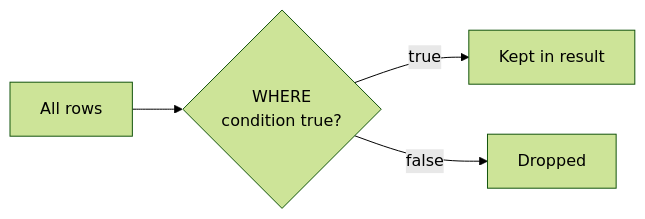
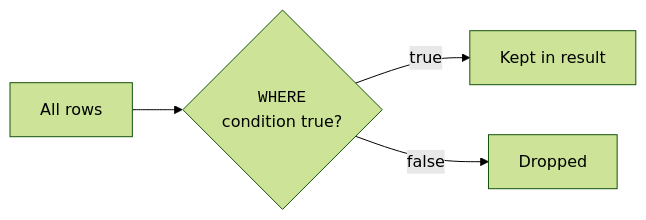
Before and after one commit to dataslope/dataslope: the first of 2 diagrams in content/learn/intro-sql-postgres/filtering-rows.mdx, drawn with Mermaid (forest theme). The commit also changed other lines of this file and 56 other files, not shown here.

````diff
--- a/content/learn/intro-sql-postgres/filtering-rows.mdx
+++ b/content/learn/intro-sql-postgres/filtering-rows.mdx
@@ -16,6 +16,6 @@
 ```mermaid
 flowchart LR
-    A["All rows"] --> T{"WHERE<br/>condition true?"}
+    A["All rows"] --> T{"<code>WHERE</code><br/>condition true?"}
     T -->|"true"| K["Kept in result"]
     T -->|"false"| D["Dropped"]
 ```
````
